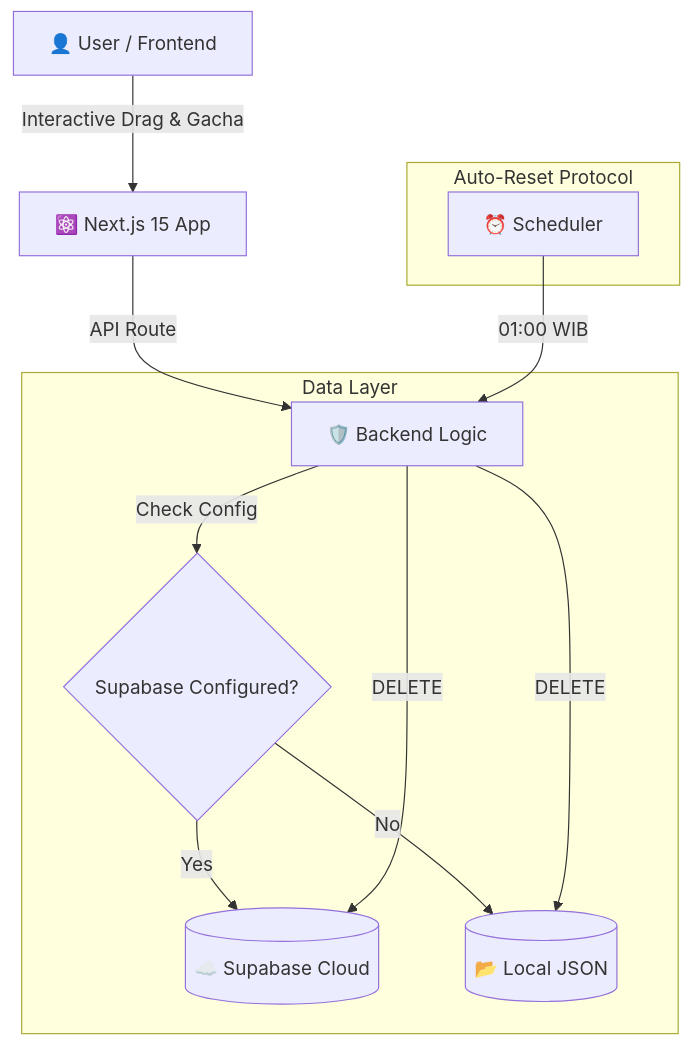
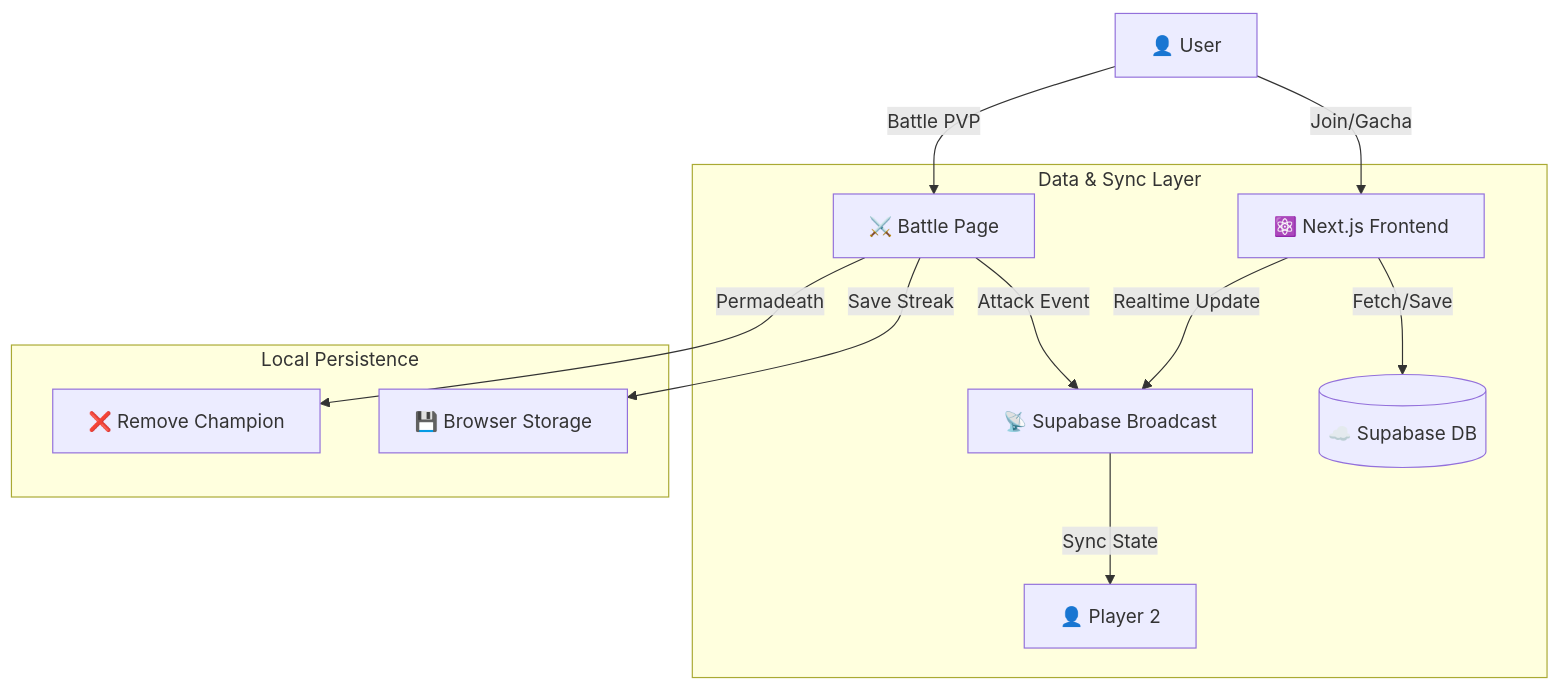
One commit to Marvx-US/AsahMemory changed the diagram in README.md. Above: the diagram before and after it, drawn with Mermaid. The commit also changed other lines of this file, not shown here.

Commit message:
docs: update readme visual and add win streak mechanics

````diff
--- a/README.md
+++ b/README.md
@@ -56,17 +66,17 @@
 ```mermaid
 graph TD
-    User[👤 User / Frontend] -->|Interactive Drag & Gacha| NextJS[⚛️ Next.js 15 App]
-    NextJS -->|API Route| API[🛡️ Backend Logic]
+    User[👤 User] -->|Join/Gacha| NextJS[⚛️ Next.js Frontend]
+    User -->|Battle PVP| Battle[⚔️ Battle Page]
     
-    subgraph "Data Layer"
-        API -->|Check Config| Switch{Supabase Configured?}
-        Switch -->|Yes| DB[(☁️ Supabase Cloud)]
-        Switch -->|No| Local[(📂 Local JSON)]
+    subgraph "Data & Sync Layer"
+        NextJS -->|Fetch/Save| DB[(☁️ Supabase DB)]
+        NextJS -->|Realtime Update| Broadcast[📡 Supabase Broadcast]
+        Battle -->|Attack Event| Broadcast
+        Broadcast -->|Sync State| Opponent[👤 Player 2]
     end
     
-    subgraph "Auto-Reset Protocol"
-        Cron[⏰ Scheduler] -->|01:00 WIB| API
-        API -->|DELETE| DB
-        API -->|DELETE| Local
+    subgraph "Local Persistence"
+        Battle -->|Save Streak| LocalStorage[💾 Browser Storage]
+        Battle -->|Permadeath| Delete[❌ Remove Champion]
     end
 ```
````
